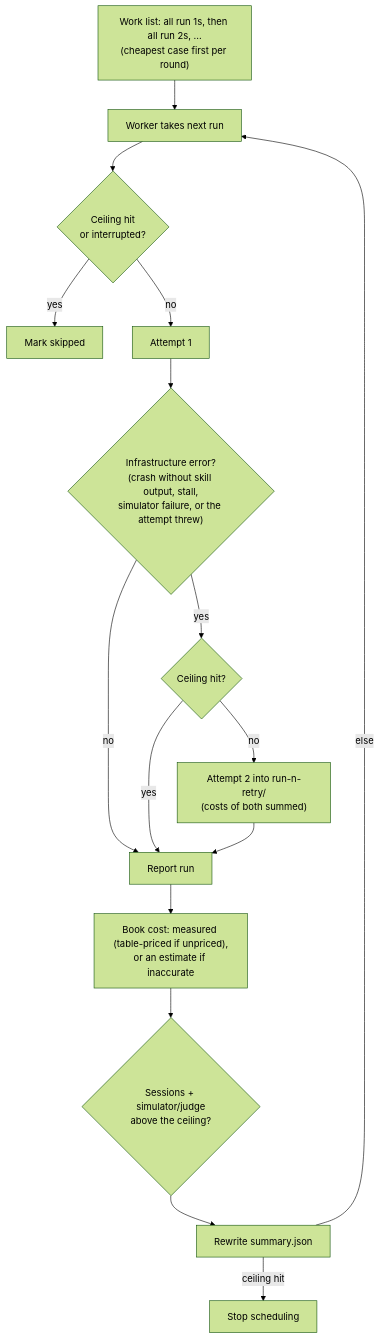
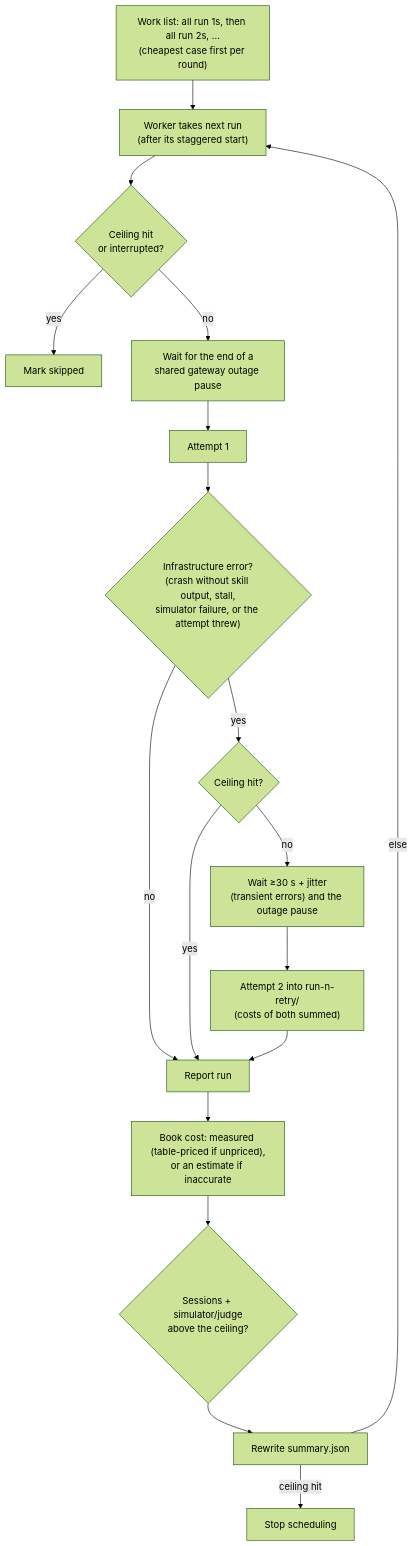
The fourth of 8 diagrams in ARCHITECTURE.md (rse/ase-eval), drawn with Mermaid (forest theme) before and after one commit. The commit also changed other lines of this file and 23 other files, not shown here.

````diff
--- a/ARCHITECTURE.md
+++ b/ARCHITECTURE.md
@@ -70,17 +70,17 @@
 ```mermaid
 flowchart TD
     Q["Work list: all run 1s, then all run 2s, ...<br/>(cheapest case first per round)"] --> W
-    W["Worker takes next run"] --> AB{"Ceiling hit<br/>or interrupted?"}
+    W["Worker takes next run<br/>(after its staggered start)"] --> AB{"Ceiling hit<br/>or interrupted?"}
     AB -->|yes| SK["Mark skipped"]
-    AB -->|no| AT["Attempt 1"]
+    AB -->|no| OW["Wait for the end of a<br/>shared gateway outage pause"] --> AT["Attempt 1"]
     AT --> IN{"Infrastructure error?<br/>(crash without skill output, stall,<br/>simulator failure, or the attempt threw)"}
     IN -->|no| DONE["Report run"]
     IN -->|yes| CE{"Ceiling hit?"}
     CE -->|yes| DONE
-    CE -->|no| AT2["Attempt 2 into run-n-retry/<br/>(costs of both summed)"] --> DONE
+    CE -->|no| RD["Wait ≥30 s + jitter<br/>(transient errors) and the outage pause"] --> AT2["Attempt 2 into run-n-retry/<br/>(costs of both summed)"] --> DONE
     DONE --> BK["Book cost: measured (table-priced if unpriced),<br/>or an estimate if inaccurate"]
     BK --> CH{"Sessions + simulator/judge<br/>above the ceiling?"}
     CH --> SW["Rewrite summary.json"]
     SW -->|ceiling hit| STOP["Stop scheduling"]
     SW -->|else| W
 ```
````
